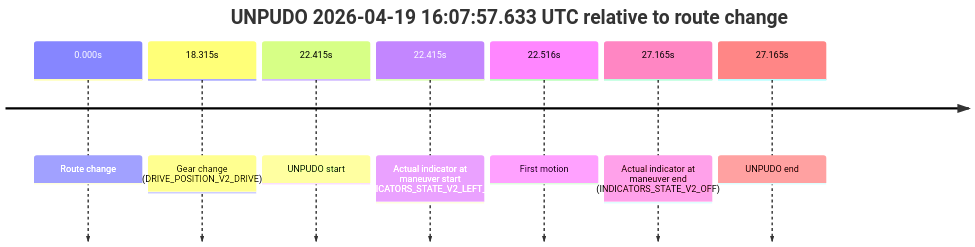
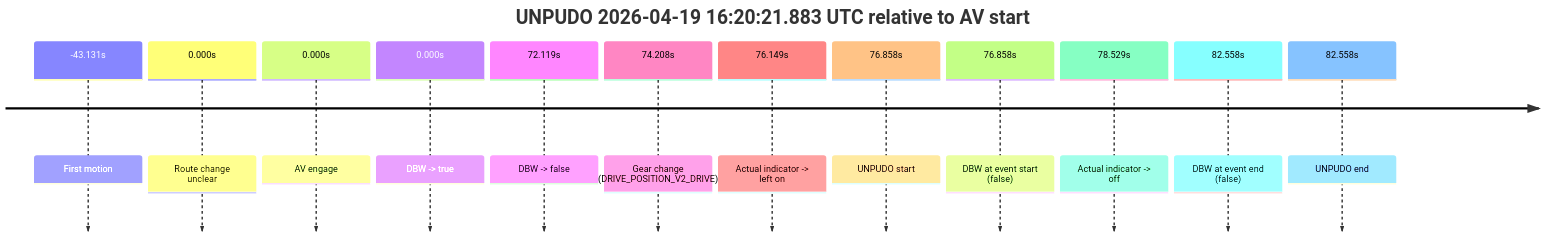
Before and after one commit to yoelshapiro/vault: the first of 7 diagrams in model_analysis/report_cards/2026/04/Week-3/fme10010--2026-04-19--15-59-19--gen2-av-2bf37b53-8628-4edc-b973-f2233dbd6506.md, drawn with Mermaid. The commit also changed other lines of this file and 41 other files, not shown here.

````diff
--- a/model_analysis/report_cards/2026/04/Week-3/fme10010--2026-04-19--15-59-19--gen2-av-2bf37b53-8628-4edc-b973-f2233dbd6506.md
+++ b/model_analysis/report_cards/2026/04/Week-3/fme10010--2026-04-19--15-59-19--gen2-av-2bf37b53-8628-4edc-b973-f2233dbd6506.md
@@ -40,11 +45,16 @@
 ```mermaid
 timeline
-    title UNPUDO 2026-04-19 16:07:57.633 UTC relative to route change
-    0.000s : Route change
-    18.315s : Gear change (DRIVE_POSITION_V2_DRIVE)
-    22.415s : UNPUDO start
-    22.415s : Actual indicator at maneuver start (INDICATORS_STATE_V2_LEFT_ON)
-    22.516s : First motion
-    27.165s : Actual indicator at maneuver end (INDICATORS_STATE_V2_OFF)
-    27.165s : UNPUDO end
+    title UNPUDO 2026-04-19 16:20:21.883 UTC relative to AV start
+    -43.131s : First motion
+    0.000s : Route change unclear
+    0.000s : AV engage
+    0.000s : DBW -> true
+    72.119s : DBW -> false
+    74.208s : Gear change (DRIVE_POSITION_V2_DRIVE)
+    76.149s : Actual indicator -> left on
+    76.858s : UNPUDO start
+    76.858s : DBW at event start (false)
+    78.529s : Actual indicator -> off
+    82.558s : DBW at event end (false)
+    82.558s : UNPUDO end
 ```
````
